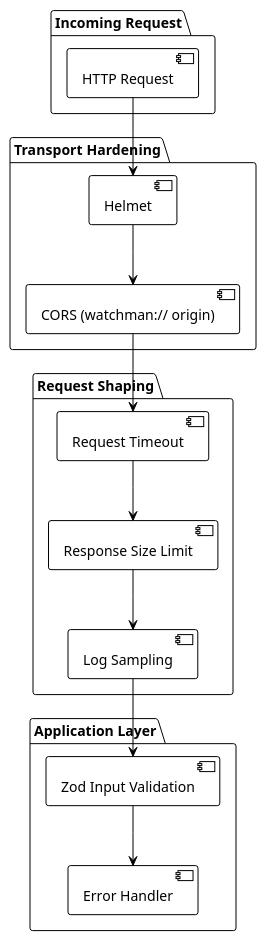
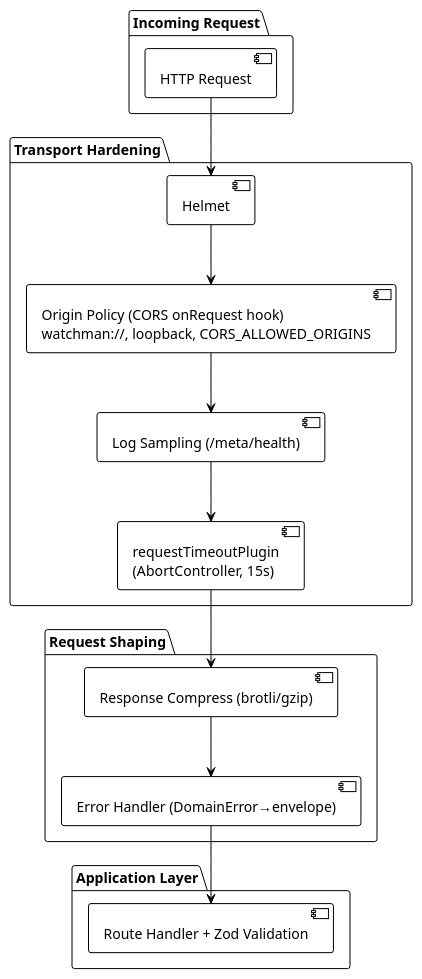
The diagram in docs/security/index.md (EraPartner/Watchman), drawn with PlantUML before and after one commit. The commit also changed other lines of this file and 26 other files, not shown here.

````diff
--- a/docs/security/index.md
+++ b/docs/security/index.md
@@ -90,33 +100,33 @@
 ```plantuml
 @startuml
 !theme plain
 
 package "Incoming Request" as Request {
     [HTTP Request] as Req
 }
 
 package "Transport Hardening" {
     [Helmet] as H1
-    [CORS (watchman:// origin)] as C1
+    [Origin Policy (CORS onRequest hook)\nwatchman://, loopback, CORS_ALLOWED_ORIGINS] as C1
+    [Log Sampling (/meta/health)] as Log
+    [requestTimeoutPlugin\n(AbortController, 15s)] as Timeout
 }
 
 package "Request Shaping" {
-    [Request Timeout] as Timeout
-    [Response Size Limit] as SizeLimit
-    [Log Sampling] as Log
+    [Response Compress (brotli/gzip)] as Compress
+    [Error Handler (DomainError→envelope)] as Err
 }
 
 package "Application Layer" {
-    [Zod Input Validation] as Valid
-    [Error Handler] as Err
+    [Route Handler + Zod Validation] as Valid
 }
 
 Req --> H1
 H1 --> C1
-C1 --> Timeout
-Timeout --> SizeLimit
-SizeLimit --> Log
-Log --> Valid
-Valid --> Err
+C1 --> Log
+Log --> Timeout
+Timeout --> Compress
+Compress --> Err
+Err --> Valid
 @enduml
 ```
````
